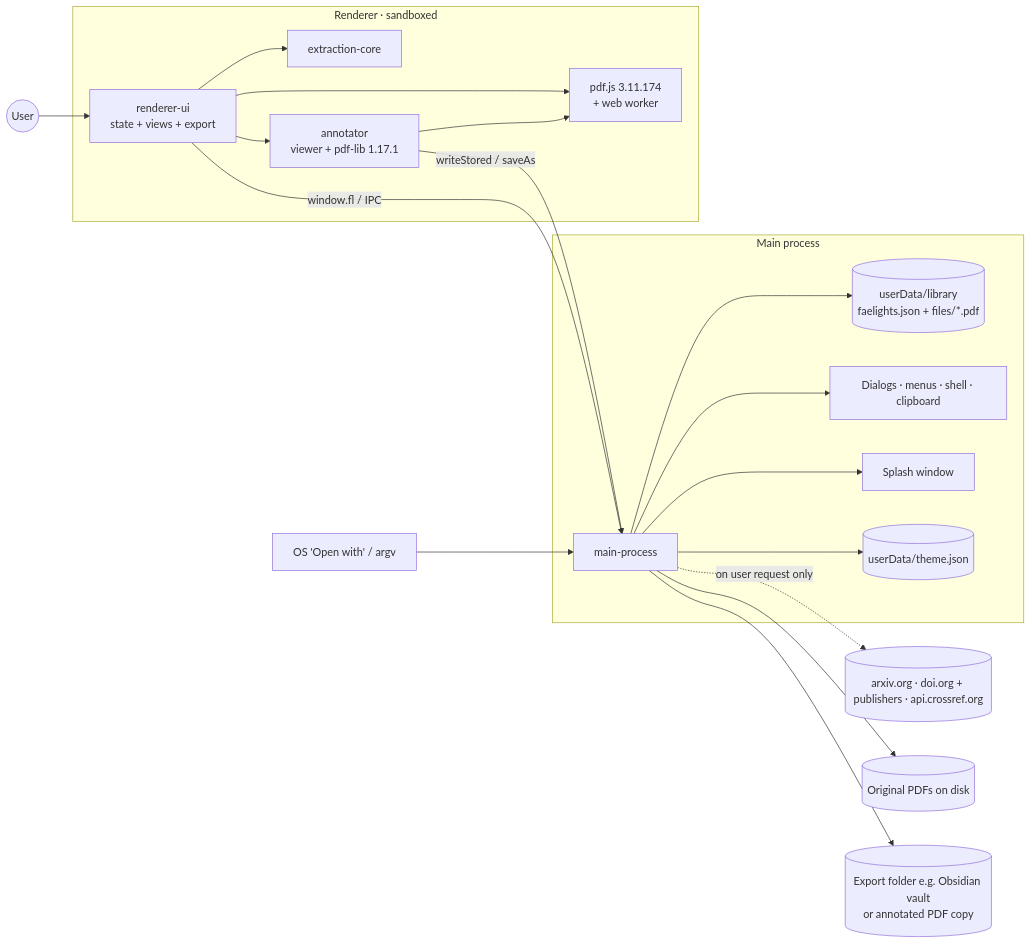
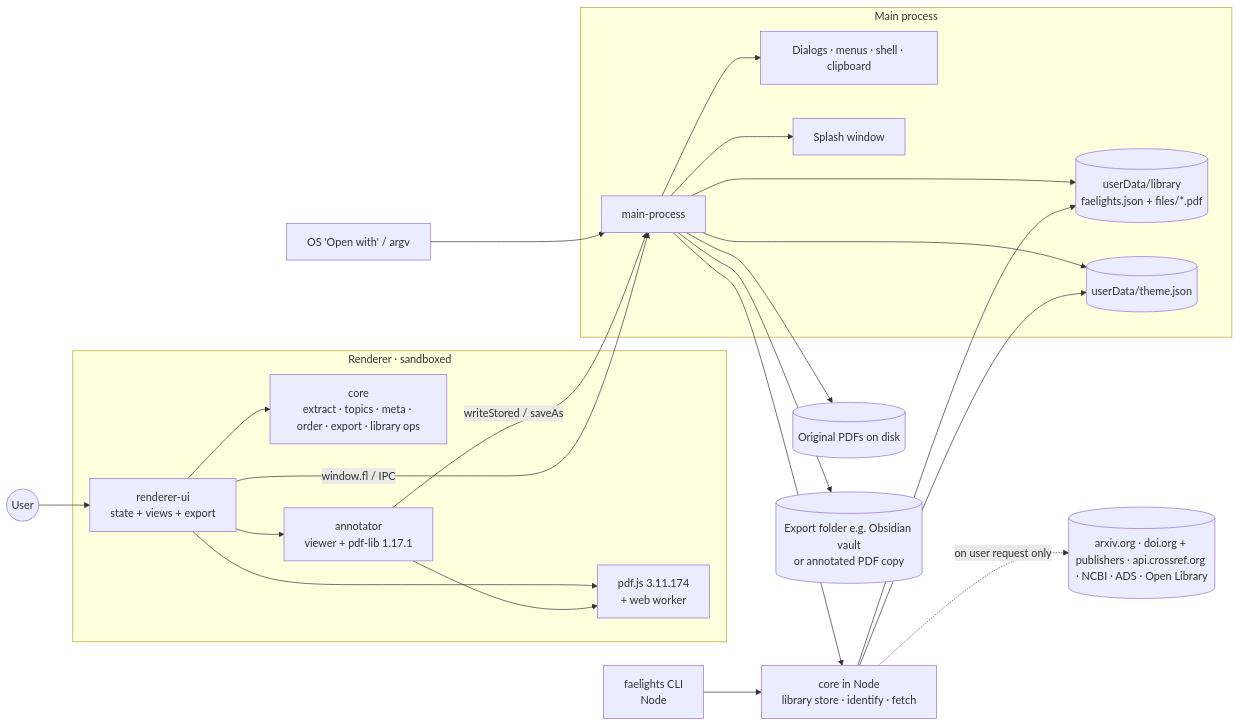
One commit to Lefarious/Faelights changed the diagram in docs/PROJECT_COMPASS.md. Above: the diagram before and after it, drawn with Mermaid. The commit also changed other lines of this file and 10 other files, not shown here.

First line of the commit message:
docs: headless core and CLI in atlas and compass (F-023, F-024, D-016, D-017)

````diff
--- a/docs/PROJECT_COMPASS.md
+++ b/docs/PROJECT_COMPASS.md
@@ -23,22 +23,26 @@
 ```mermaid
 flowchart LR
   user((User)) --> UI
   subgraph Renderer [Renderer · sandboxed]
-    UI[renderer-ui<br/>state + views + export] --> CORE[extraction-core]
+    UI[renderer-ui<br/>state + views + export] --> CORE[core<br/>extract · topics · meta · order · export · library ops]
     UI --> PDFJS[pdf.js 3.11.174<br/>+ web worker]
     UI --> ANN[annotator<br/>viewer + pdf-lib 1.17.1]
     ANN --> PDFJS
   end
   ANN -- writeStored / saveAs --> MAIN
   UI -- window.fl / IPC --> MAIN
   subgraph Main [Main process]
     MAIN[main-process] --> FS[(userData/library<br/>faelights.json + files/*.pdf)]
     MAIN --> OS[Dialogs · menus · shell · clipboard]
     MAIN --> SPLASH[Splash window]
     MAIN --> THEME[(userData/theme.json)]
   end
   OSOPEN[OS 'Open with' / argv] --> MAIN
-  MAIN -. on user request only .-> NET[(arxiv.org · doi.org + publishers · api.crossref.org)]
+  MAIN --> NCORE[core in Node<br/>library store · identify · fetch]
+  CLI[faelights CLI<br/>Node] --> NCORE
+  NCORE --> FS
+  NCORE --> THEME
+  NCORE -. on user request only .-> NET[(arxiv.org · doi.org + publishers · api.crossref.org · NCBI · ADS · Open Library)]
   MAIN --> SRC[(Original PDFs on disk)]
   MAIN --> EXPORT[(Export folder e.g. Obsidian vault<br/>or annotated PDF copy)]
 ```
````
